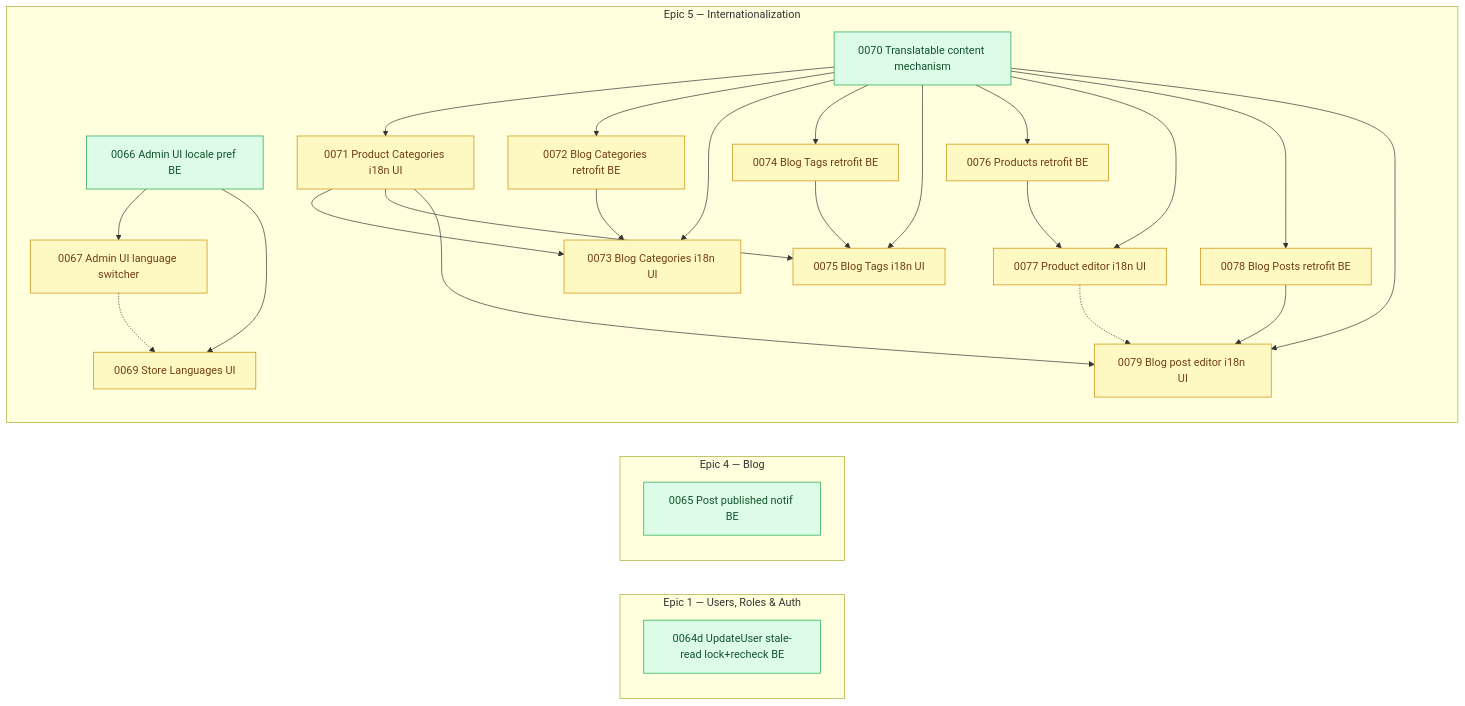
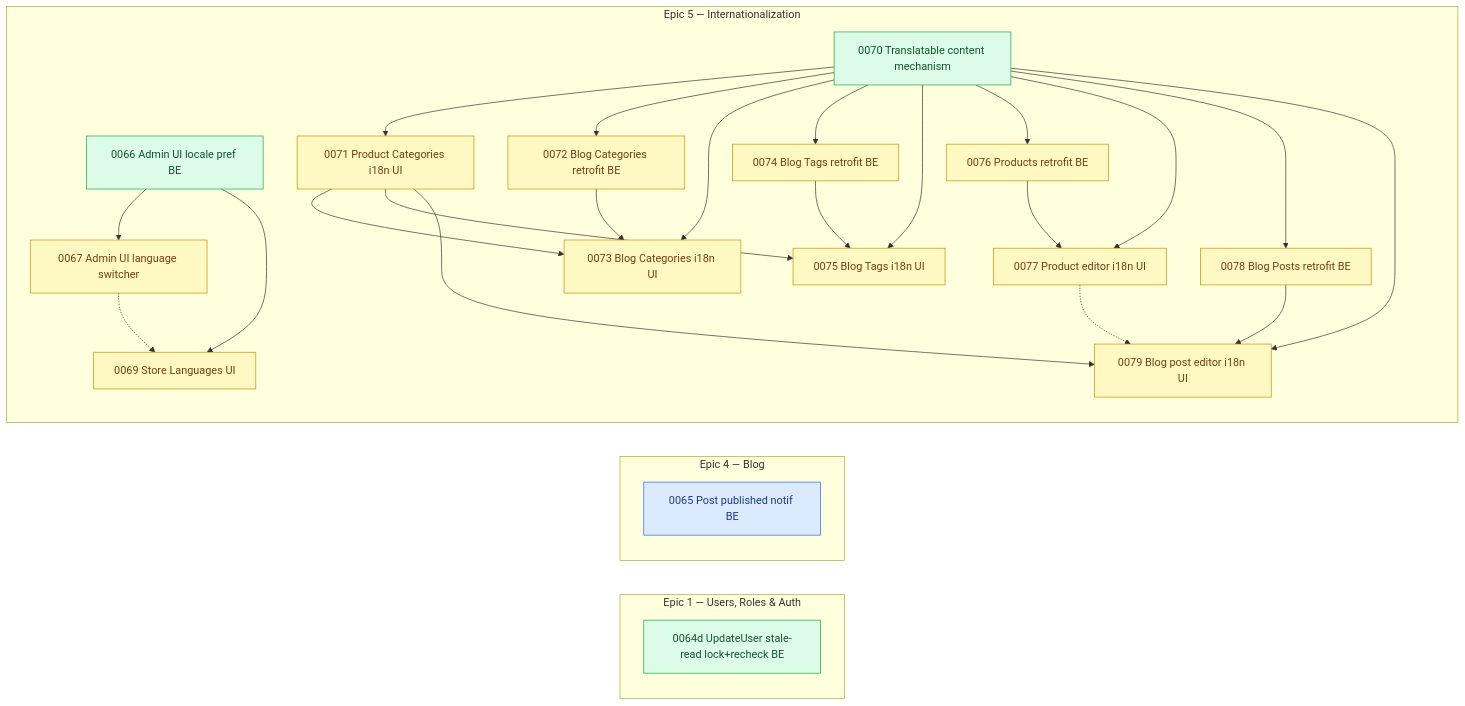
The diagram in arospe/ai-spec/tasks-map.md (shojen/AI4Devs-finalproject), drawn with Mermaid before and after one commit. The commit also changed other lines of this file and 2 other files, not shown here.

Commit message:
docs(tasks): start Phase 3 for story 0065, record Phase 2 INVEST result
Moves 0065 into ai-spec/tasks/in-progress/ and re-resolves every relative
link in both directions (its own outbound links, and story 0078's two
inbound links to it).

Records code-reviewer's Phase 2 conditional PASS inline: R-1 is already
closed by 0061's UpdateBlogPost::refresh(), listener registration relies on
auto-discovery (no AppServiceProvider edit, per 0064a), story 0078 has not
shipped so the original (non-translated) title payload applies, OQ-2 and
D-6/OQ-5 are approved as specified, and ManualPostPublishedNotificationTest
is scoped lean against 0061's existing spy-based transition-matrix test.

Updates ai-spec/tasks-map.md/tasks-status.json's touches list for 0065: it
no longer edits UpdateBlogPost.php/CreateBlogPost.php/AppServiceProvider.php
(0061 already ships both dispatch sites against a placeholder action).

````diff
--- a/arospe/ai-spec/tasks-map.md
+++ b/arospe/ai-spec/tasks-map.md
@@ -406,5 +408,6 @@
     P0070 --> P0079
 
     class P0067,P0069,P0071,P0072,P0073,P0074,P0075,P0076,P0077,P0078,P0079 pending;
-    class P0065,P0066,P0070,P0064d ready;
+    class P0066,P0070,P0064d ready;
+    class P0065 claimed;
 ```
````
